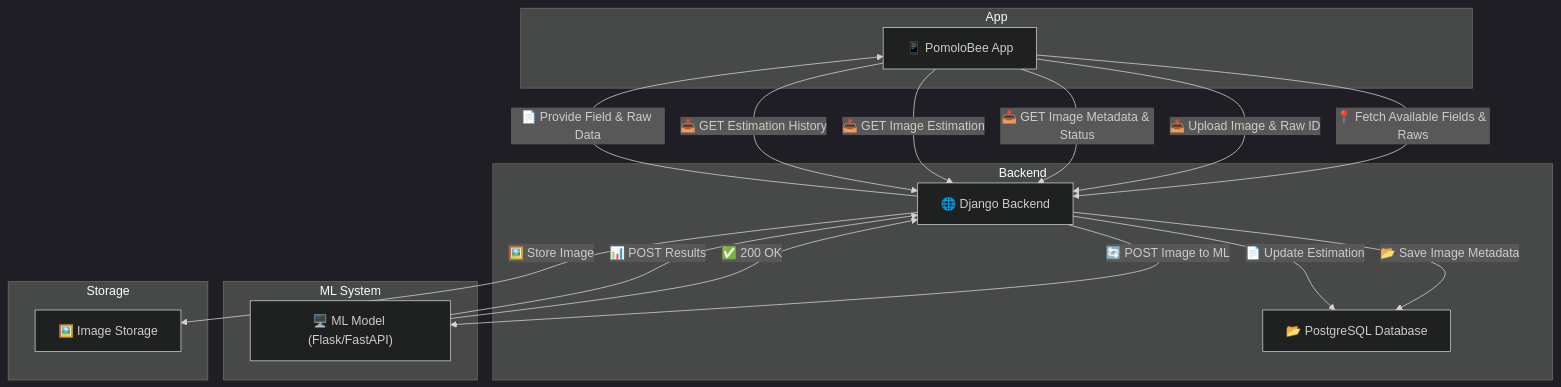
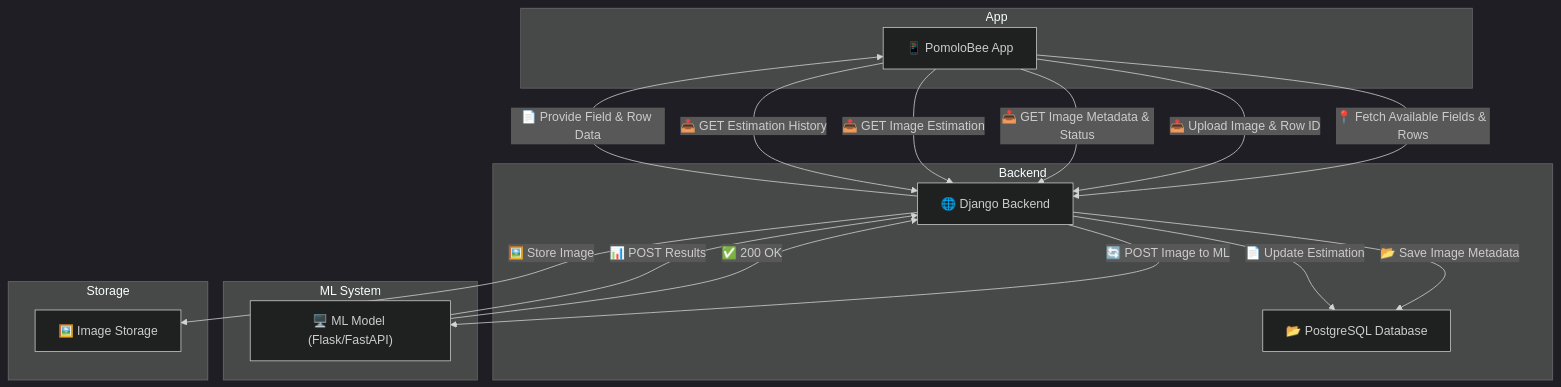
One commit to nathabee/PomoloBee changed the diagram in documentation/Workflow.md. Above: the diagram before and after it, drawn with Mermaid (dark theme). The commit also changed other lines of this file and 65 other files, not shown here.

````diff
--- a/documentation/Workflow.md
+++ b/documentation/Workflow.md
@@ -39,35 +39,35 @@
 ```mermaid
 graph TD 
   subgraph App
     MobileApp["📱 PomoloBee App"]
   end
 
   subgraph Backend
     DjangoServer["🌐 Django Backend"]
     Database["📂 PostgreSQL Database"]
   end
 
   subgraph ML System
     MLService["🖥️ ML Model (Flask/FastAPI)"]
   end
 
   subgraph Storage
     FileSystem["🖼️ Image Storage"]
   end
  
-  MobileApp -- "📍 Fetch Available Fields & Raws" --> DjangoServer
-  DjangoServer -- "📄 Provide Field & Raw Data" --> MobileApp
+  MobileApp -- "📍 Fetch Available Fields & Rows" --> DjangoServer
+  DjangoServer -- "📄 Provide Field & Row Data" --> MobileApp
  
-  MobileApp -- "📤 Upload Image & Raw ID" --> DjangoServer
+  MobileApp -- "📤 Upload Image & Row ID" --> DjangoServer
   DjangoServer -- "📂 Save Image Metadata" --> Database
   DjangoServer -- "🖼️ Store Image" --> FileSystem
  
   DjangoServer -- "🔄 POST Image to ML" --> MLService
   MLService -- "✅ 200 OK" --> DjangoServer
   MLService -- "📊 POST Results" --> DjangoServer
   DjangoServer -- "📄 Update Estimation" --> Database
 
   MobileApp -- "📥 GET Image Metadata & Status" --> DjangoServer
   MobileApp -- "📥 GET Image Estimation" --> DjangoServer
   MobileApp -- "📥 GET Estimation History" --> DjangoServer
 ```
````
